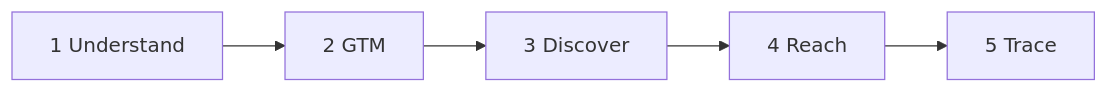
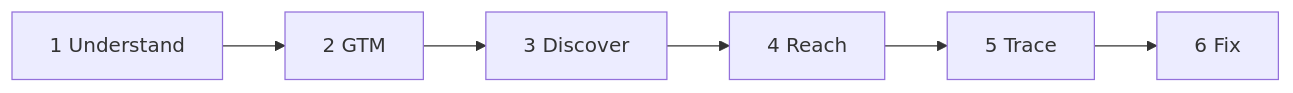
One commit to maazbin/leadline changed the second of 3 diagrams in README.md. Above: the diagram before and after it, drawn with Mermaid. The commit also changed other lines of this file and 20 other files, not shown here.

````diff
--- a/README.md
+++ b/README.md
@@ -114,7 +117,8 @@
 ```mermaid
 flowchart LR
   understand["1 Understand"] --> gtm["2 GTM"]
   gtm --> discover["3 Discover"]
   discover --> reach["4 Reach"]
   reach --> trace["5 Trace"]
+  trace --> fix["6 Fix"]
 ```
````
